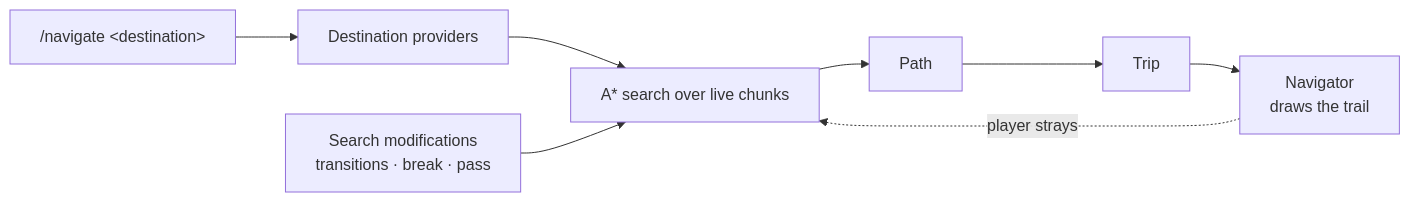
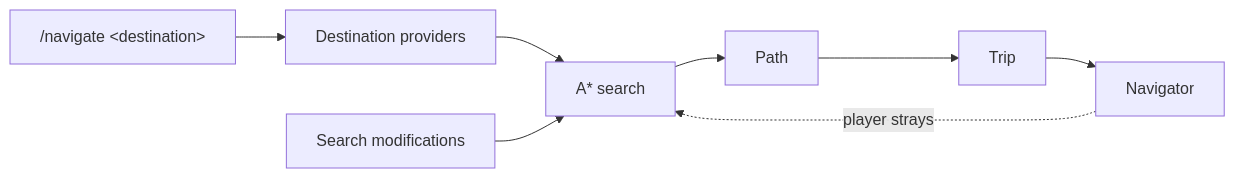
Before and after one commit to CobblestoneMC/cobblestone: the diagram in docs/docs/index.md, drawn with Mermaid. The commit also changed other lines of this file and 16 other files, not shown here.

````diff
--- a/docs/docs/index.md
+++ b/docs/docs/index.md
@@ -70,10 +62,10 @@
 ```mermaid
 flowchart LR
     A["/navigate &lt;destination&gt;"] --> B[Destination providers]
-    B --> C[A* search over live chunks]
-    D[Search modifications<br/>transitions · break · pass] --> C
+    B --> C[A* search]
+    D[Search modifications] --> C
     C --> E[Path]
     E --> F[Trip]
-    F --> G[Navigator<br/>draws the trail]
+    F --> G[Navigator]
     G -. player strays .-> C
 ```
````
